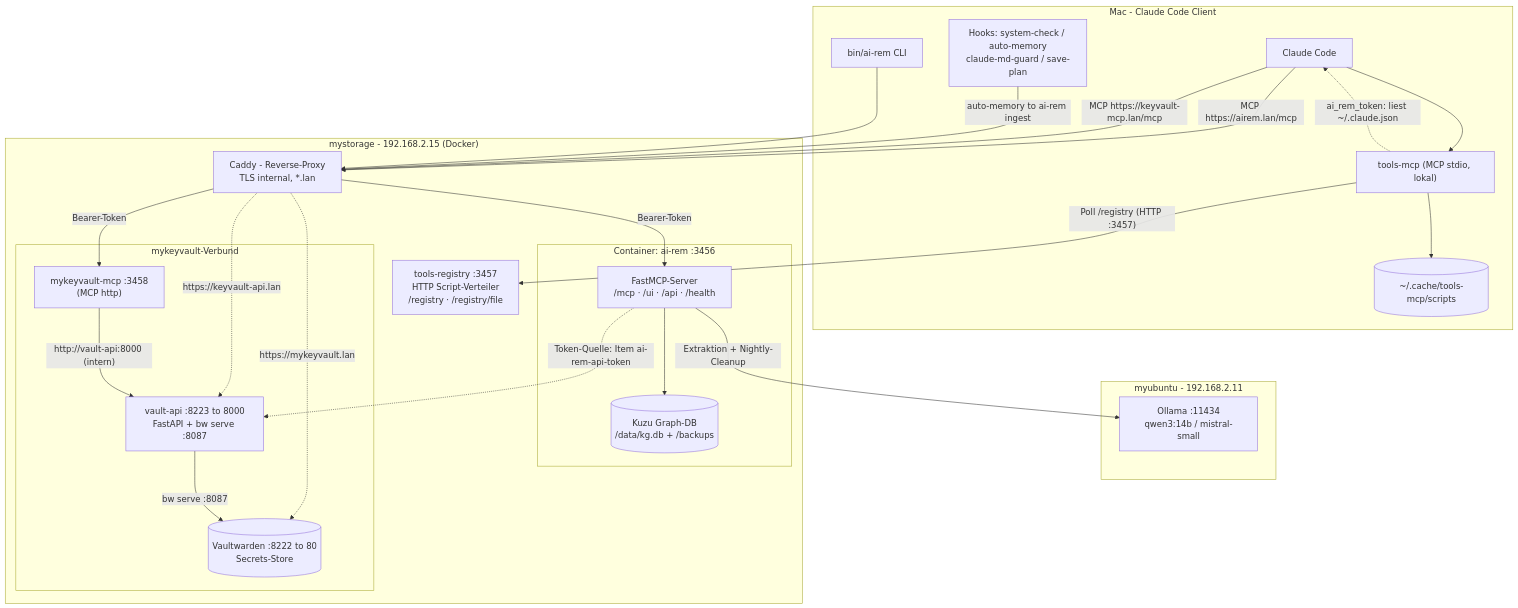
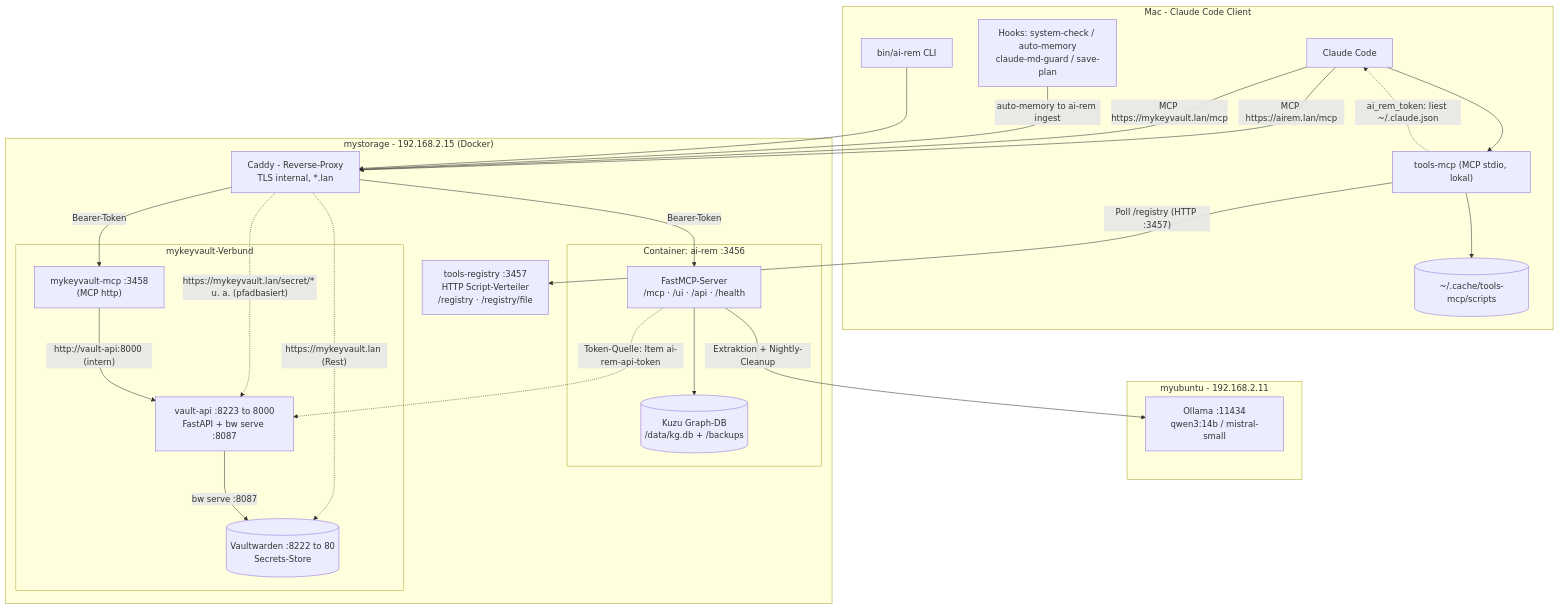
The diagram in docs/architecture.md (markus7h/ai-rem), drawn with Mermaid before and after one commit. The commit also changed other lines of this file and 5 other files, not shown here.

First line of the commit message:
docs: Hostnamen-Konsolidierung mykeyvault.lan in Architektur-Doku + Example-Config (v0.4.15)

````diff
--- a/docs/architecture.md
+++ b/docs/architecture.md
@@ -11,55 +11,55 @@
 ```mermaid
 flowchart TB
   subgraph MAC["Mac - Claude Code Client"]
     CC["Claude Code"]
     HOOKS["Hooks: system-check / auto-memory<br/>claude-md-guard / save-plan"]
     CLI["bin/ai-rem CLI"]
     TMCP["tools-mcp (MCP stdio, lokal)"]
     CACHE[("~/.cache/tools-mcp/scripts")]
   end
 
   subgraph UBU["myubuntu - 192.168.2.11"]
     OLLAMA["Ollama :11434<br/>qwen3:14b / mistral-small"]
   end
 
   subgraph STORAGE["mystorage - 192.168.2.15 (Docker)"]
     CADDY["Caddy - Reverse-Proxy<br/>TLS internal, *.lan"]
     subgraph AIREM_C["Container: ai-rem :3456"]
       AIREM["FastMCP-Server<br/>/mcp · /ui · /api · /health"]
       KUZU[("Kuzu Graph-DB<br/>/data/kg.db + /backups")]
     end
     subgraph KV["mykeyvault-Verbund"]
       KVMCP["mykeyvault-mcp :3458<br/>(MCP http)"]
       VAPI["vault-api :8223 to 8000<br/>FastAPI + bw serve :8087"]
       VW[("Vaultwarden :8222 to 80<br/>Secrets-Store")]
     end
     REG["tools-registry :3457<br/>HTTP Script-Verteiler<br/>/registry · /registry/file"]
   end
 
   %% MCP-Kanaele (Bearer-Token ai-rem-api-token)
   CC -- "MCP https://airem.lan/mcp" --> CADDY
-  CC -- "MCP https://keyvault-mcp.lan/mcp" --> CADDY
+  CC -- "MCP https://mykeyvault.lan/mcp" --> CADDY
   CADDY -- "Bearer-Token" --> AIREM
   CADDY -- "Bearer-Token" --> KVMCP
-  CADDY -. "https://keyvault-api.lan" .-> VAPI
-  CADDY -. "https://mykeyvault.lan" .-> VW
+  CADDY -. "https://mykeyvault.lan/secret/* u. a. (pfadbasiert)" .-> VAPI
+  CADDY -. "https://mykeyvault.lan (Rest)" .-> VW
 
   %% tools-mcp lokal
   CC --> TMCP
   TMCP -- "Poll /registry (HTTP :3457)" --> REG
   TMCP --> CACHE
   TMCP -. "ai_rem_token: liest ~/.claude.json" .-> CC
 
   %% Hooks und CLI
   HOOKS -- "auto-memory to ai-rem ingest" --> CADDY
   CLI --> CADDY
 
   %% ai-rem Abhaengigkeiten
   AIREM --> KUZU
   AIREM -- "Extraktion + Nightly-Cleanup" --> OLLAMA
 
   %% Secrets-Fluss
   KVMCP -- "http://vault-api:8000 (intern)" --> VAPI
   VAPI -- "bw serve :8087" --> VW
   AIREM -. "Token-Quelle: Item ai-rem-api-token" .-> VAPI
 ```
````
